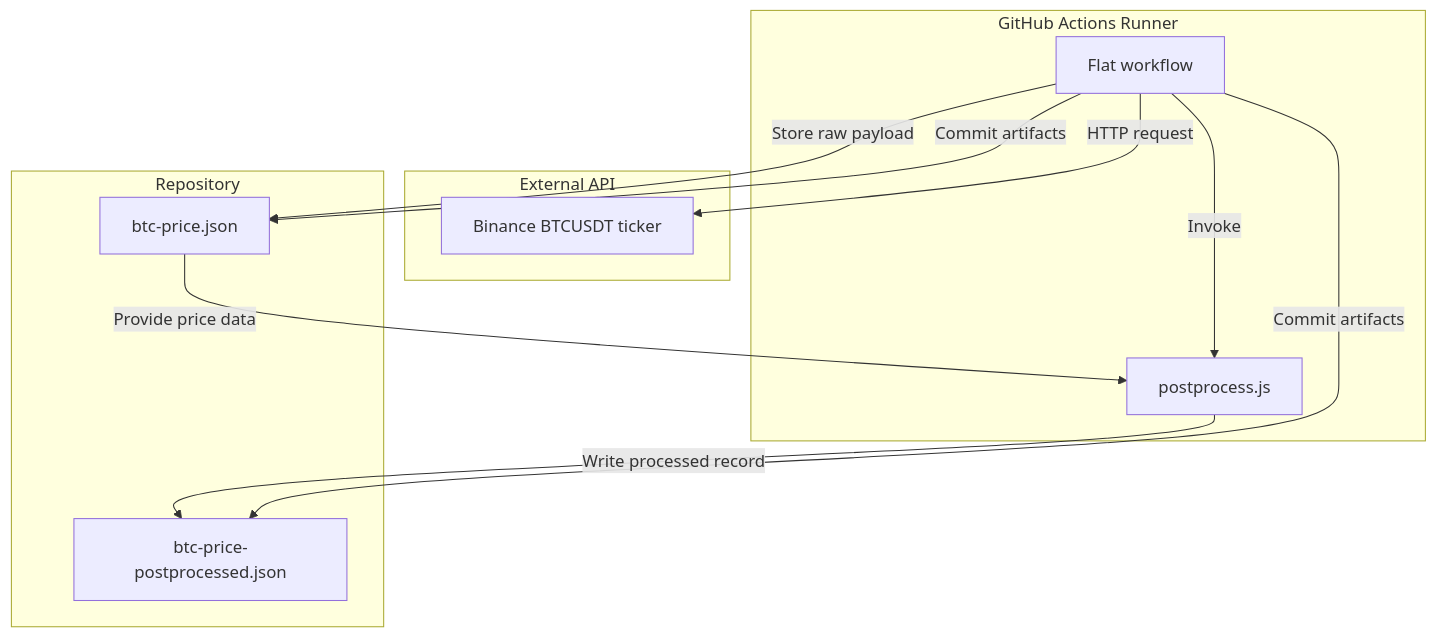
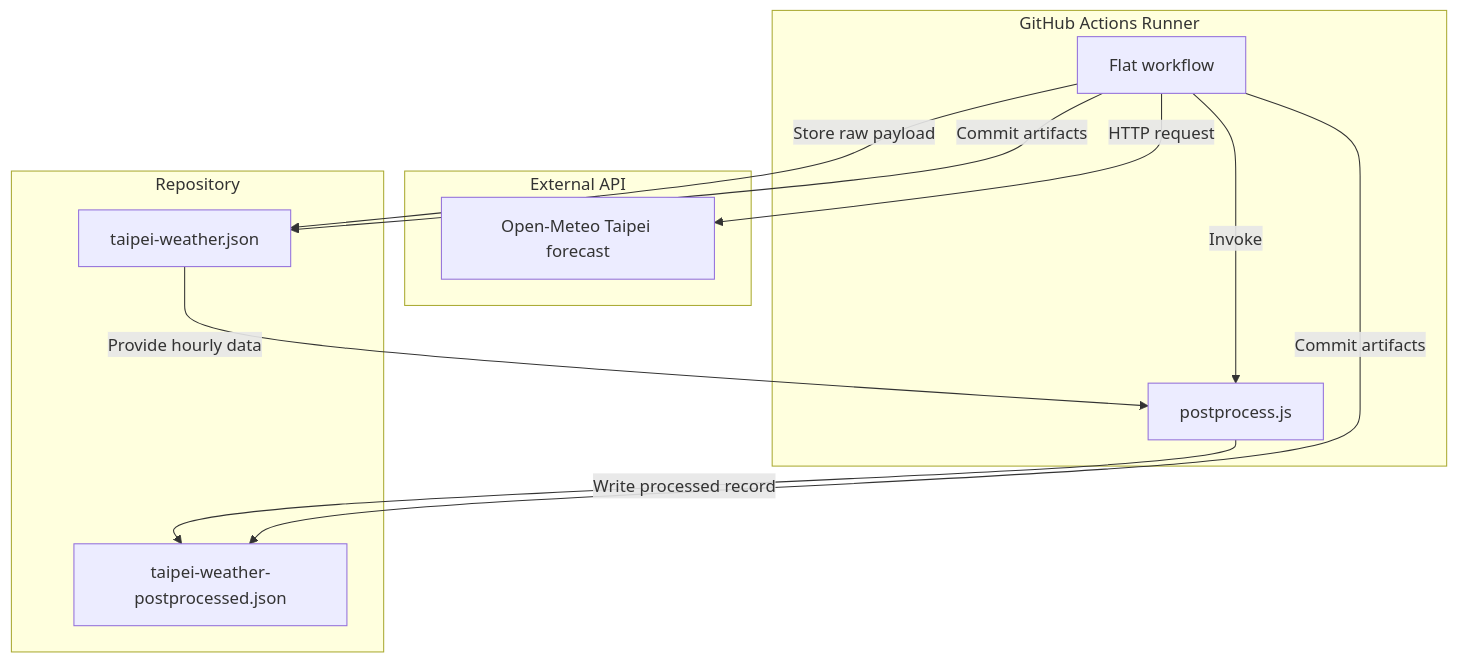
The fourth of 6 diagrams in README.md (muyueh/flat-demo-bitcoin-price), drawn with Mermaid before and after one commit. The commit also changed other lines of this file and 6 other files, not shown here.

Commit message:
Switch workflow to Taipei weather forecast

````diff
--- a/README.md
+++ b/README.md
@@ -50,21 +50,21 @@
 ```mermaid
 graph TD
   subgraph GitHub Actions Runner
     A[Flat workflow]
     B[postprocess.js]
   end
   subgraph External API
-    C[Binance BTCUSDT ticker]
+    C[Open-Meteo Taipei forecast]
   end
   subgraph Repository
-    D[btc-price.json]
-    E[btc-price-postprocessed.json]
+    D[taipei-weather.json]
+    E[taipei-weather-postprocessed.json]
   end
   A -->|HTTP request| C
   A -->|Store raw payload| D
   A -->|Invoke| B
-  D -->|Provide price data| B
+  D -->|Provide hourly data| B
   B -->|Write processed record| E
   A -->|Commit artifacts| D
   A -->|Commit artifacts| E
 ```
````
